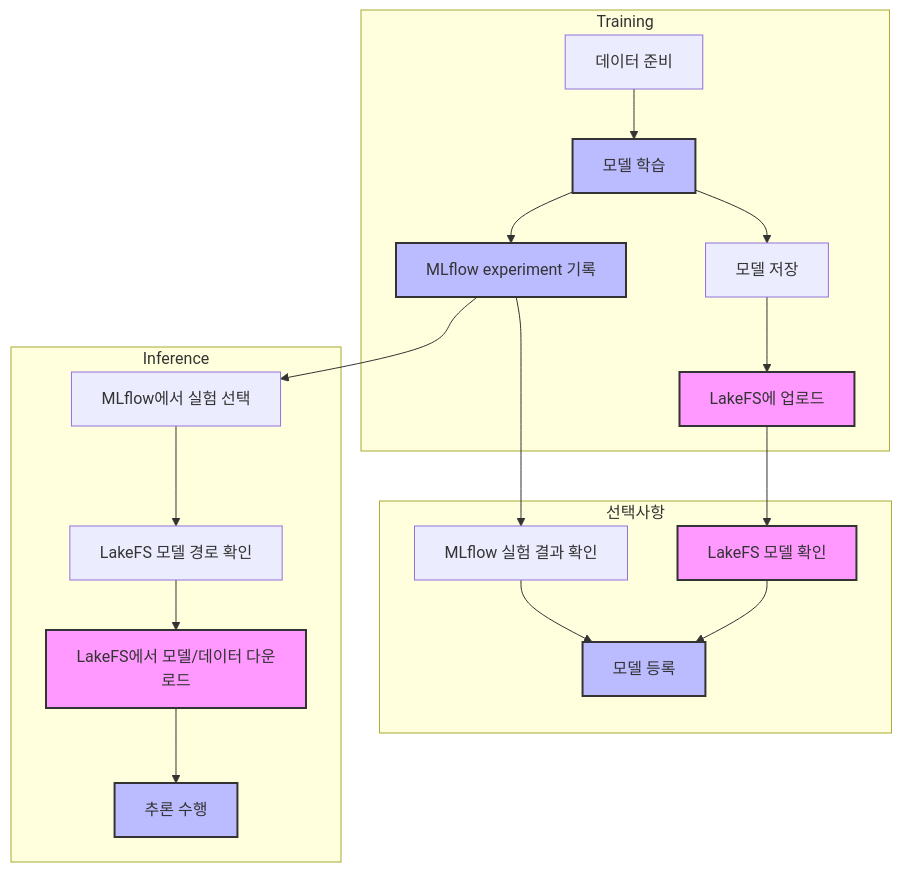
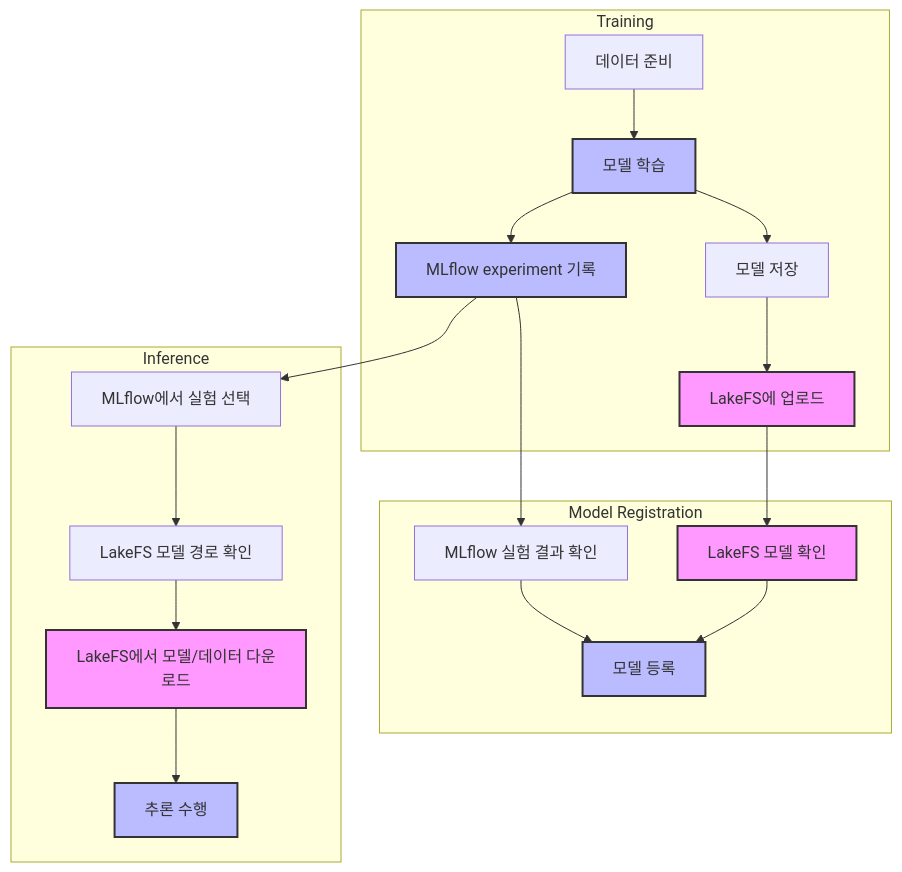
One commit to teri0411/data-versioning-with-mlflow changed the diagram in lakefs-test/image-segmentation-local/README.md. Above: the diagram before and after it, drawn with Mermaid. The commit also changed 3 other files, not shown here.

````diff
--- a/lakefs-test/image-segmentation-local/README.md
+++ b/lakefs-test/image-segmentation-local/README.md
@@ -15,28 +15,28 @@
 ```mermaid
 graph TD
     subgraph Training
         A[데이터 준비] --> B[모델 학습]
         B --> C[모델 저장]
         C --> D[LakeFS에 업로드]
         B --> E[MLflow experiment 기록]
     end
 
-    subgraph Model Registration [선택사항]
+    subgraph Model Registration
         D --> F[LakeFS 모델 확인]
         E --> G[MLflow 실험 결과 확인]
         F --> H[모델 등록]
         G --> H
     end
 
     subgraph Inference
         E --> I[MLflow에서 실험 선택]
         I --> J[LakeFS 모델 경로 확인]
         J --> K[LakeFS에서 모델/데이터 다운로드]
         K --> L[추론 수행]
     end
 
     classDef storage fill:#f9f,stroke:#333,stroke-width:2px
     classDef process fill:#bbf,stroke:#333,stroke-width:2px
     class D,F,K storage
     class B,E,H,L process
 ```
````
